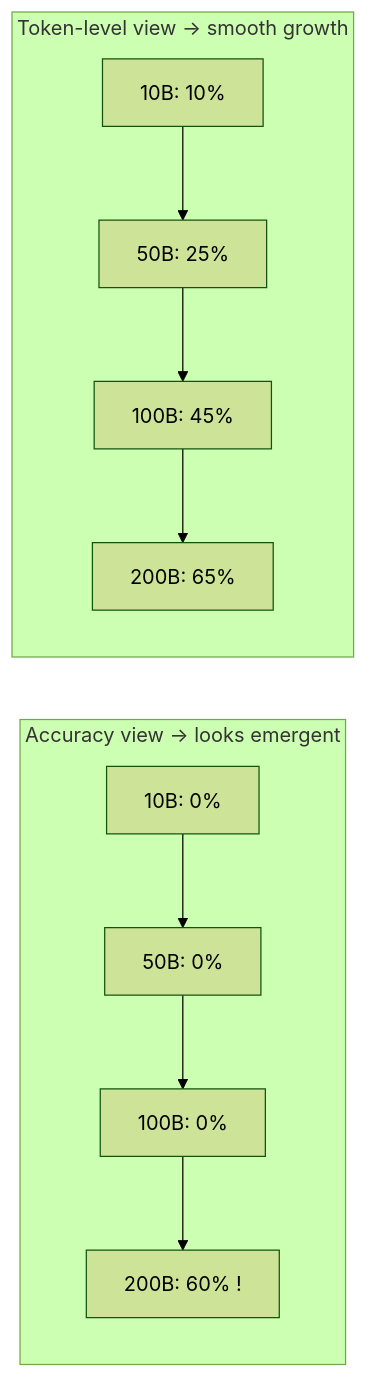
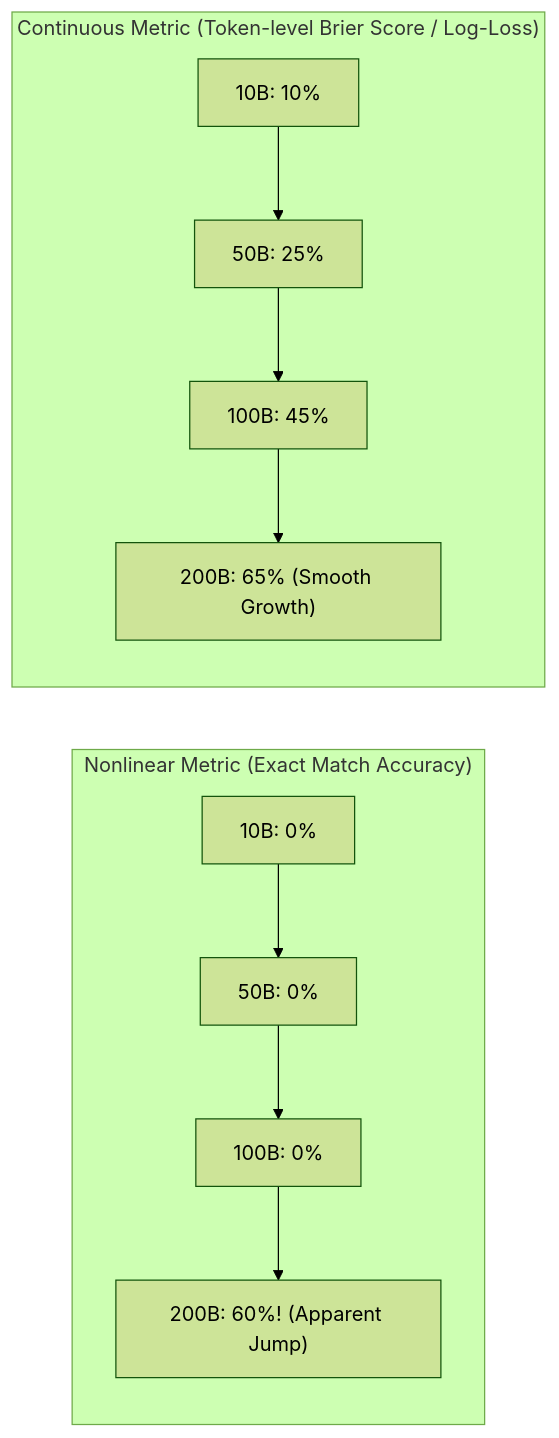
Before and after one commit to yingwang/thinking-in-llm: the second of 4 diagrams in en/chapters/03-scaling.md, drawn with Mermaid (forest theme). The commit also changed other lines of this file and 31 other files, not shown here.

````diff
--- a/en/chapters/03-scaling.md
+++ b/en/chapters/03-scaling.md
@@ -228,10 +220,10 @@
 ```mermaid
 graph LR
-    subgraph "Accuracy view → looks emergent"
-        A1["10B: 0%"] --> A2["50B: 0%"] --> A3["100B: 0%"] --> A4["200B: 60% !"]
+    subgraph "Nonlinear Metric (Exact Match Accuracy)"
+        A1["10B: 0%"] --> A2["50B: 0%"] --> A3["100B: 0%"] --> A4["200B: 60%! (Apparent Jump)"]
     end
 
-    subgraph "Token-level view → smooth growth"
-        B1["10B: 10%"] --> B2["50B: 25%"] --> B3["100B: 45%"] --> B4["200B: 65%"]
+    subgraph "Continuous Metric (Token-level Brier Score / Log-Loss)"
+        B1["10B: 10%"] --> B2["50B: 25%"] --> B3["100B: 45%"] --> B4["200B: 65% (Smooth Growth)"]
     end
 ```
````
